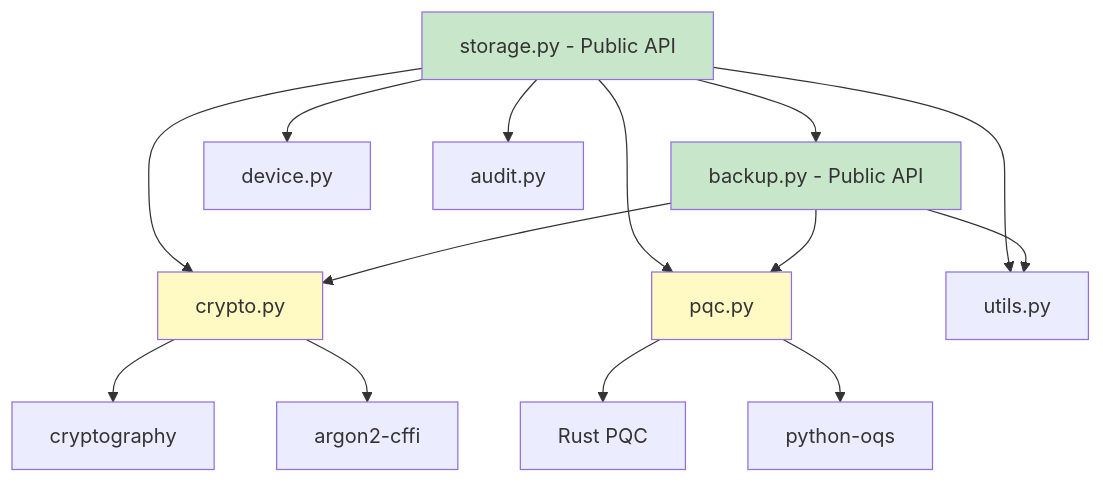
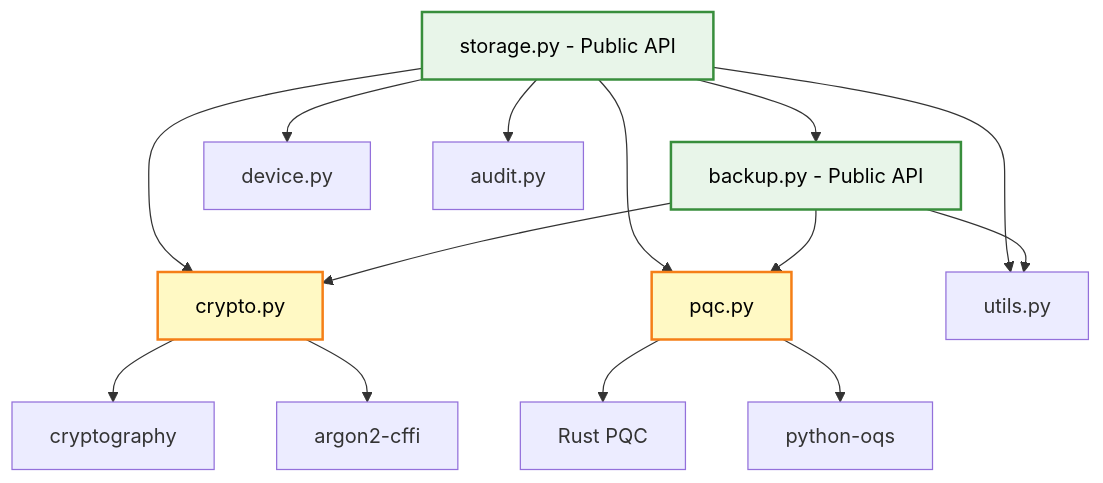
One commit to Johnsonajibi/PostQuantum-DualUSB-Token-Library changed the third of 13 diagrams in README.md. Above: the diagram before and after it, drawn with Mermaid. The commit also changed other lines of this file, not shown here.

First line of the commit message:
docs: Improve color contrast in all Mermaid diagrams

````diff
--- a/README.md
+++ b/README.md
@@ -302,38 +302,38 @@
 ```mermaid
 graph TB
     Storage[storage.py - Public API]
     Backup[backup.py - Public API]
     
     Crypto[crypto.py]
     PQC[pqc.py]
     Device[device.py]
     Audit[audit.py]
     Utils[utils.py]
     
     CryptLib[cryptography]
     Argon[argon2-cffi]
     OQS[python-oqs]
     Rust[Rust PQC]
     
     Storage --> Backup
     Storage --> Crypto
     Storage --> PQC
     Storage --> Device
     Storage --> Audit
     Storage --> Utils
     
     Backup --> Crypto
     Backup --> PQC
     Backup --> Utils
     
     Crypto --> CryptLib
     Crypto --> Argon
     
     PQC --> Rust
     PQC --> OQS
     
-    style Storage fill:#c8e6c9
-    style Backup fill:#c8e6c9
-    style Crypto fill:#fff9c4
-    style PQC fill:#fff9c4
+    style Storage fill:#e8f5e9,stroke:#388e3c,stroke-width:2px,color:#000
+    style Backup fill:#e8f5e9,stroke:#388e3c,stroke-width:2px,color:#000
+    style Crypto fill:#fff9c4,stroke:#f57f17,stroke-width:2px,color:#000
+    style PQC fill:#fff9c4,stroke:#f57f17,stroke-width:2px,color:#000
 ```
````
